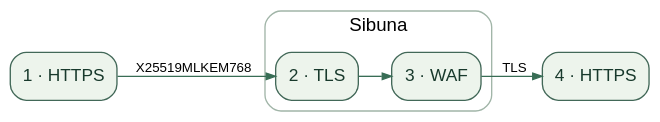
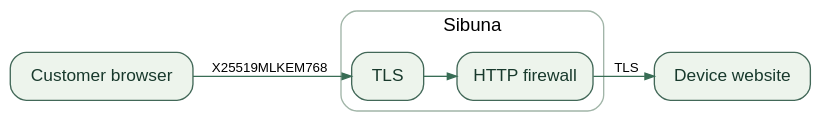
Before and after one commit to insanai/sibuna: the diagram in docs/site/home/articles/legacy-devices-and-rsa.rst, drawn with Graphviz. The commit also changed other lines of this file and 8 other files, not shown here.

Commit message:
articles: document hardware trust anchors and label each TLS hop

```diff
--- a/docs/site/home/articles/legacy-devices-and-rsa.rst
+++ b/docs/site/home/articles/legacy-devices-and-rsa.rst
@@ -32,16 +34,16 @@
 .. graphviz::
    :alt: The browser establishes hybrid TLS with Sibuna. The firewall inspects HTTP before Sibuna forwards an admitted request on a separate connection to the device.
    :caption: The browser, Sibuna and the device participate in two independent connections.
 
    digraph transport {
      graph [rankdir=LR, bgcolor="transparent", pad="0.18", nodesep="0.2", ranksep="0.32"];
      node [shape=box, style="rounded,filled", fontname="Helvetica", fontsize=13, color="#426858", fillcolor="#edf4ec", fontcolor="#18392c"];
      edge [fontname="Helvetica", fontsize=10, color="#386d55", arrowsize=0.7];
-     browser [label="1 · HTTPS"];
+     browser [label="Customer browser"];
      subgraph cluster_edge {
        label="Sibuna"; fontname="Helvetica"; color="#a1b5a8"; style=rounded;
-       tls [label="2 · TLS"]; waf [label="3 · WAF"];
+       tls [label="TLS"]; waf [label="HTTP firewall"];
      }
-     device [label="4 · HTTPS"];
+     device [label="Device website"];
      browser -> tls [label="X25519MLKEM768"]; tls -> waf; waf -> device [label="TLS"];
    }
```
